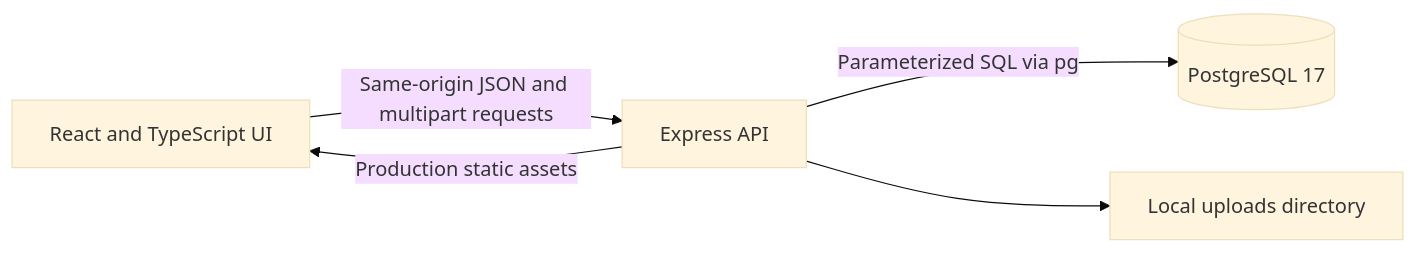
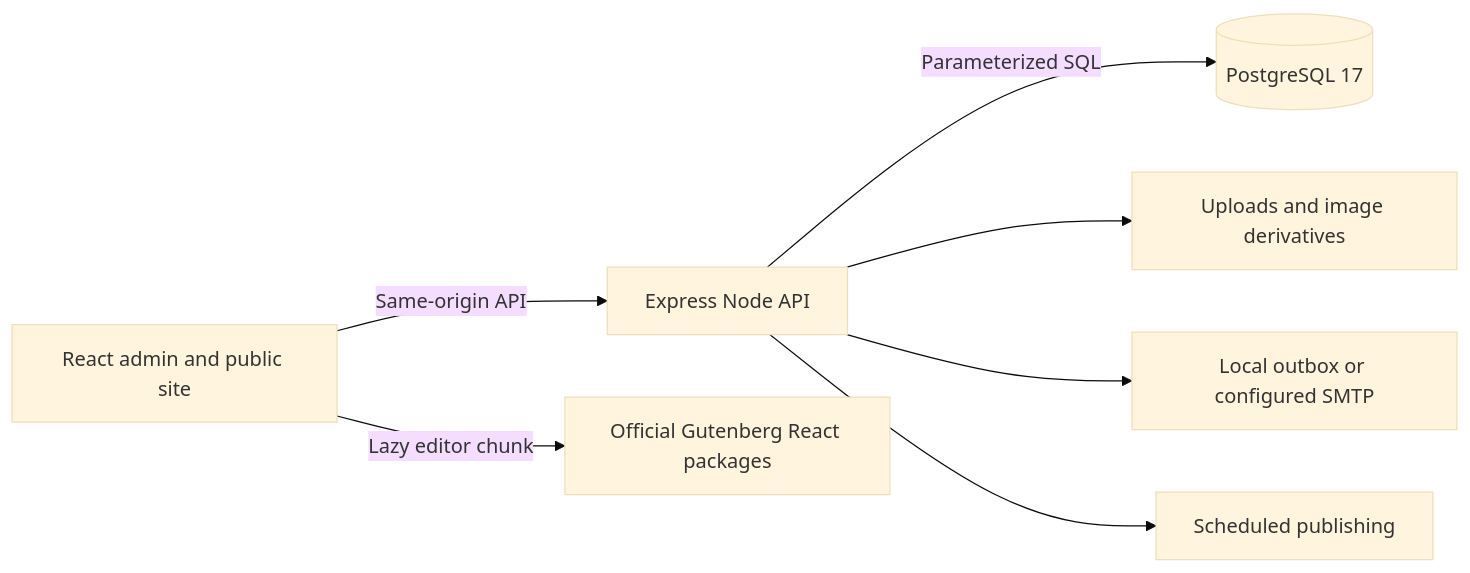
Before and after one commit to olegkuftyrev/WorldAct: the diagram in docs/architecture.md, drawn with Mermaid (base theme). The commit also changed other lines of this file and 100 other files, not shown here.

````diff
--- a/docs/architecture.md
+++ b/docs/architecture.md
@@ -11,7 +7,9 @@
 ```mermaid
 flowchart LR
-    Browser[React and TypeScript UI] -->|Same-origin JSON and multipart requests| API[Express API]
-    API -->|Parameterized SQL via pg| DB[(PostgreSQL 17)]
-    API --> Uploads[Local uploads directory]
-    API -->|Production static assets| Browser
+    Browser[React admin and public site] -->|Same-origin API| API[Express Node API]
+    Browser -->|Lazy editor chunk| Gutenberg[Official Gutenberg React packages]
+    API -->|Parameterized SQL| DB[(PostgreSQL 17)]
+    API --> Files[Uploads and image derivatives]
+    API --> Mail[Local outbox or configured SMTP]
+    API --> Jobs[Scheduled publishing]
 ```
````
